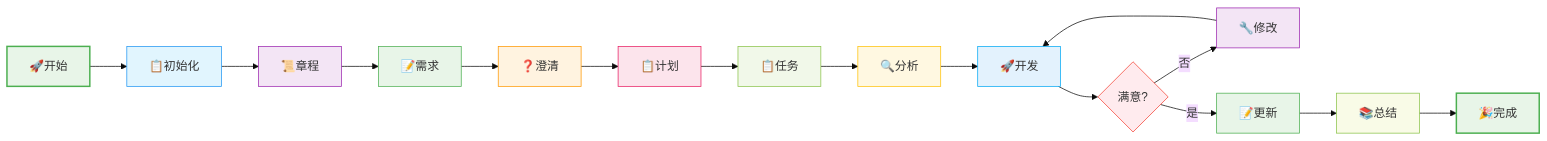
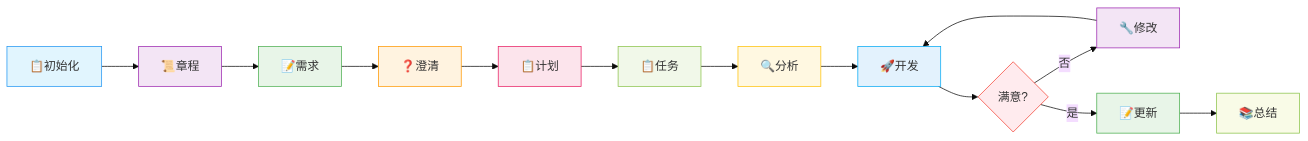
One commit to zzusp/spec-kit-in-cursor changed the diagram in README.md. Above: the diagram before and after it, drawn with Mermaid (base theme). The commit also changed other lines of this file, not shown here.

````diff
--- a/README.md
+++ b/README.md
@@ -7,32 +7,28 @@
 ```mermaid
 graph LR
-    A[🚀开始] --> B[📋初始化]
-    B --> C[📜章程]
-    C --> D[📝需求]
-    D --> E[❓澄清]
-    E --> F[📋计划]
-    F --> G[📋任务]
-    G --> H[🔍分析]
-    H --> I[🚀开发]
-    I --> J{满意?}
-    J -->|否| K[🔧修改]
-    K --> I
-    J -->|是| L[📝更新]
-    L --> M[📚总结]
-    M --> N[🎉完成]
+    A[📋初始化] --> B[📜章程]
+    B --> C[📝需求]
+    C --> D[❓澄清]
+    D --> E[📋计划]
+    E --> F[📋任务]
+    F --> G[🔍分析]
+    G --> H[🚀开发]
+    H --> I{满意?}
+    I -->|否| J[🔧修改]
+    J --> H
+    I -->|是| K[📝更新]
+    K --> L[📚总结]
     
-    style A fill:#e8f5e8,stroke:#4caf50,stroke-width:2px
-    style B fill:#e1f5fe,stroke:#2196f3,stroke-width:1px
-    style C fill:#f3e5f5,stroke:#9c27b0,stroke-width:1px
-    style D fill:#e8f5e8,stroke:#4caf50,stroke-width:1px
-    style E fill:#fff3e0,stroke:#ff9800,stroke-width:1px
-    style F fill:#fce4ec,stroke:#e91e63,stroke-width:1px
-    style G fill:#f1f8e9,stroke:#8bc34a,stroke-width:1px
-    style H fill:#fff8e1,stroke:#ffc107,stroke-width:1px
-    style I fill:#e3f2fd,stroke:#03a9f4,stroke-width:1px
-    style J fill:#ffebee,stroke:#f44336,stroke-width:1px
-    style K fill:#f3e5f5,stroke:#9c27b0,stroke-width:1px
-    style L fill:#e8f5e8,stroke:#4caf50,stroke-width:1px
-    style M fill:#f9fbe7,stroke:#8bc34a,stroke-width:1px
-    style N fill:#e8f5e8,stroke:#4caf50,stroke-width:2px
+    style A fill:#e1f5fe,stroke:#2196f3,stroke-width:1px
+    style B fill:#f3e5f5,stroke:#9c27b0,stroke-width:1px
+    style C fill:#e8f5e8,stroke:#4caf50,stroke-width:1px
+    style D fill:#fff3e0,stroke:#ff9800,stroke-width:1px
+    style E fill:#fce4ec,stroke:#e91e63,stroke-width:1px
+    style F fill:#f1f8e9,stroke:#8bc34a,stroke-width:1px
+    style G fill:#fff8e1,stroke:#ffc107,stroke-width:1px
+    style H fill:#e3f2fd,stroke:#03a9f4,stroke-width:1px
+    style I fill:#ffebee,stroke:#f44336,stroke-width:1px
+    style J fill:#f3e5f5,stroke:#9c27b0,stroke-width:1px
+    style K fill:#e8f5e8,stroke:#4caf50,stroke-width:1px
+    style L fill:#f9fbe7,stroke:#8bc34a,stroke-width:1px
 ```
````
